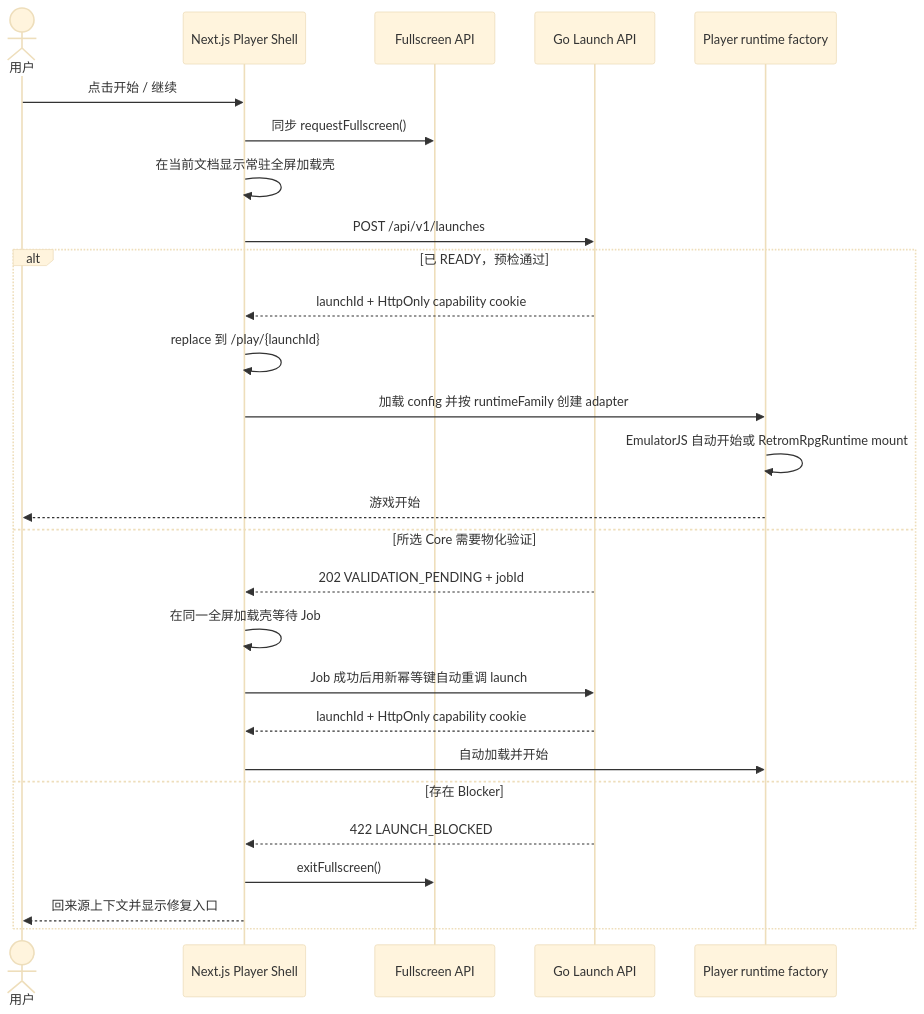
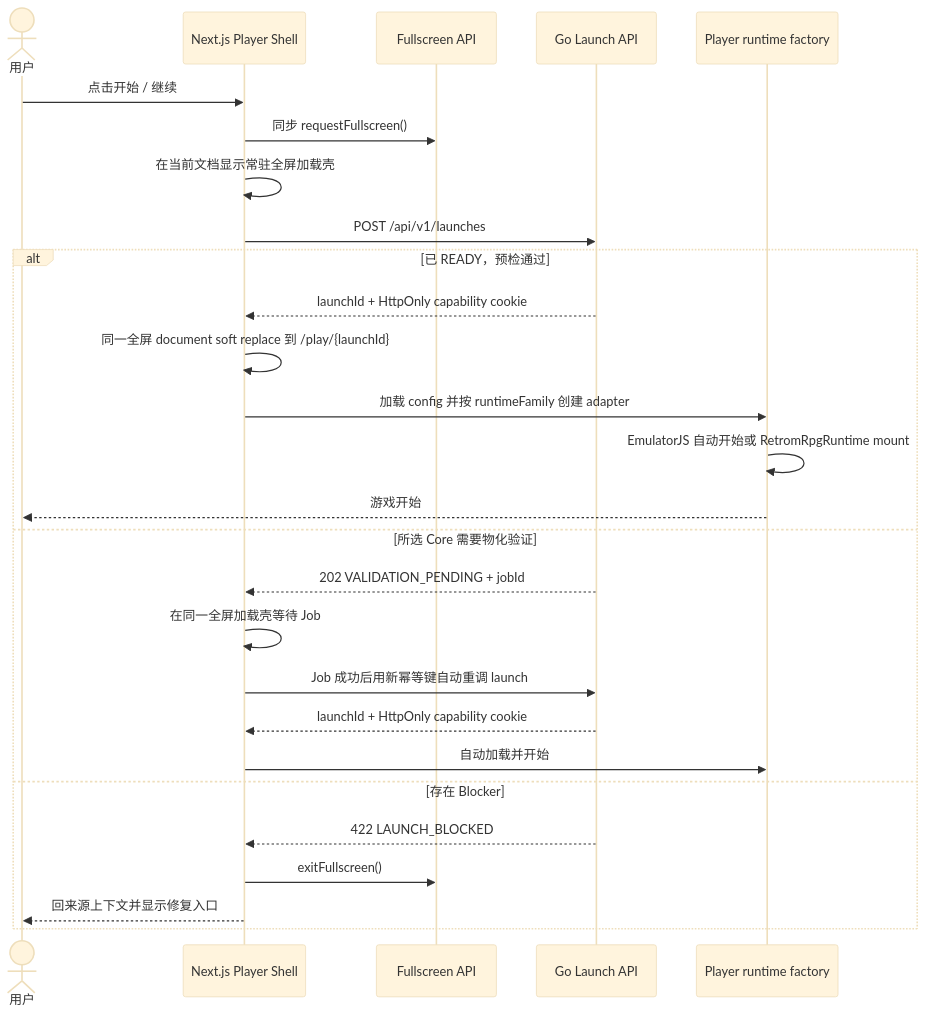
The diagram in docs/runtime-and-play-data.md (retrom-project/retrom), drawn with Mermaid (base theme) before and after one commit. The commit also changed other lines of this file and 41 other files, not shown here.

```diff
--- a/docs/runtime-and-play-data.md
+++ b/docs/runtime-and-play-data.md
@@ -23,29 +23,29 @@
 ~~~mermaid
 sequenceDiagram
     actor U as 用户
     participant UI as Next.js Player Shell
     participant FS as Fullscreen API
     participant API as Go Launch API
     participant RT as Player runtime factory
     U->>UI: 点击开始 / 继续
     UI->>FS: 同步 requestFullscreen()
     UI->>UI: 在当前文档显示常驻全屏加载壳
     UI->>API: POST /api/v1/launches
     alt 已 READY，预检通过
       API-->>UI: launchId + HttpOnly capability cookie
-      UI->>UI: replace 到 /play/{launchId}
+      UI->>UI: 同一全屏 document soft replace 到 /play/{launchId}
       UI->>RT: 加载 config 并按 runtimeFamily 创建 adapter
       RT->>RT: EmulatorJS 自动开始或 RetromRpgRuntime mount
       RT-->>U: 游戏开始
     else 所选 Core 需要物化验证
       API-->>UI: 202 VALIDATION_PENDING + jobId
       UI->>UI: 在同一全屏加载壳等待 Job
       UI->>API: Job 成功后用新幂等键自动重调 launch
       API-->>UI: launchId + HttpOnly capability cookie
       UI->>RT: 自动加载并开始
     else 存在 Blocker
       API-->>UI: 422 LAUNCH_BLOCKED
       UI->>FS: exitFullscreen()
       UI-->>U: 回来源上下文并显示修复入口
     end
 ~~~
```
